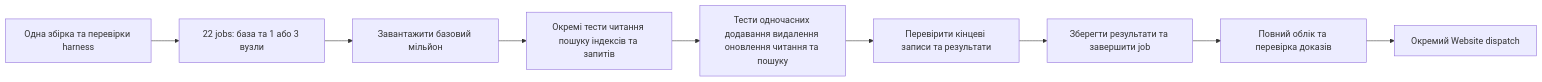
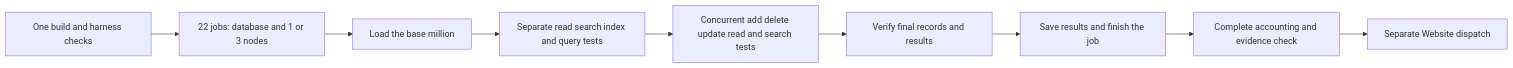
The diagram in docs/Features/BenchmarkComparisons/SessionExecution.md (managedcode/KeyLoad), drawn with Mermaid before and after one commit. The commit also changed other lines of this file and 7356 other files, not shown here.

````diff
--- a/docs/Features/BenchmarkComparisons/SessionExecution.md
+++ b/docs/Features/BenchmarkComparisons/SessionExecution.md
@@ -37,11 +36,11 @@
 ```mermaid
 flowchart LR
-    Prepare[Одна збірка та перевірки harness] --> Packages[22 jobs: база та 1 або 3 вузли]
-    Packages --> LoadMillion[Завантажити базовий мільйон]
-    LoadMillion --> Reads[Окремі тести читання пошуку індексів та запитів]
-    Reads --> Mixed[Тести одночасних додавання видалення оновлення читання та пошуку]
-    Mixed --> Verify[Перевірити кінцеві записи та результати]
-    Verify --> Results[Зберегти результати та завершити job]
-    Results --> Aggregate[Повний облік та перевірка доказів]
-    Aggregate --> Dispatch[Окремий Website dispatch]
+    Prepare[One build and harness checks] --> Packages[22 jobs: database and 1 or 3 nodes]
+    Packages --> LoadMillion[Load the base million]
+    LoadMillion --> Reads[Separate read search index and query tests]
+    Reads --> Mixed[Concurrent add delete update read and search tests]
+    Mixed --> Verify[Verify final records and results]
+    Verify --> Results[Save results and finish the job]
+    Results --> Aggregate[Complete accounting and evidence check]
+    Aggregate --> Dispatch[Separate Website dispatch]
 ```
````
